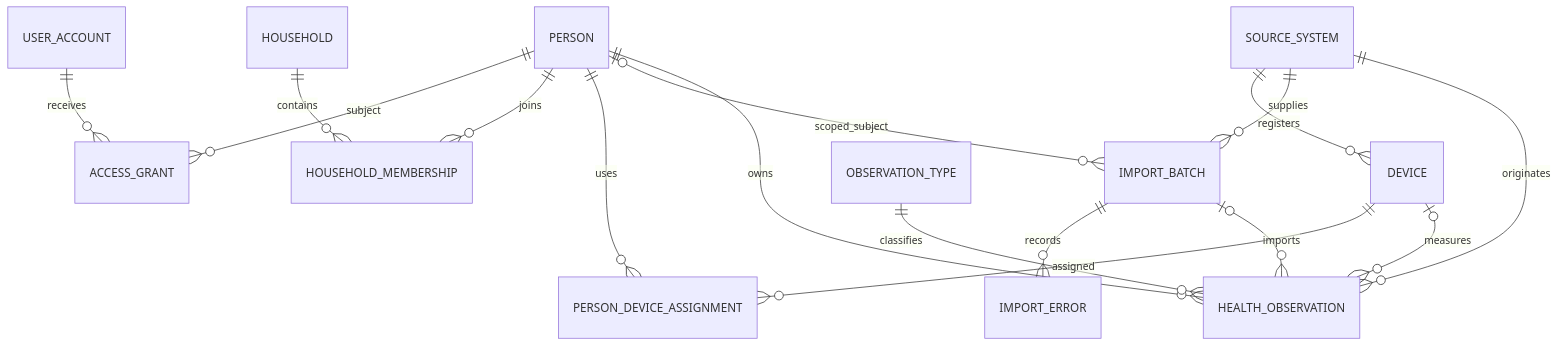
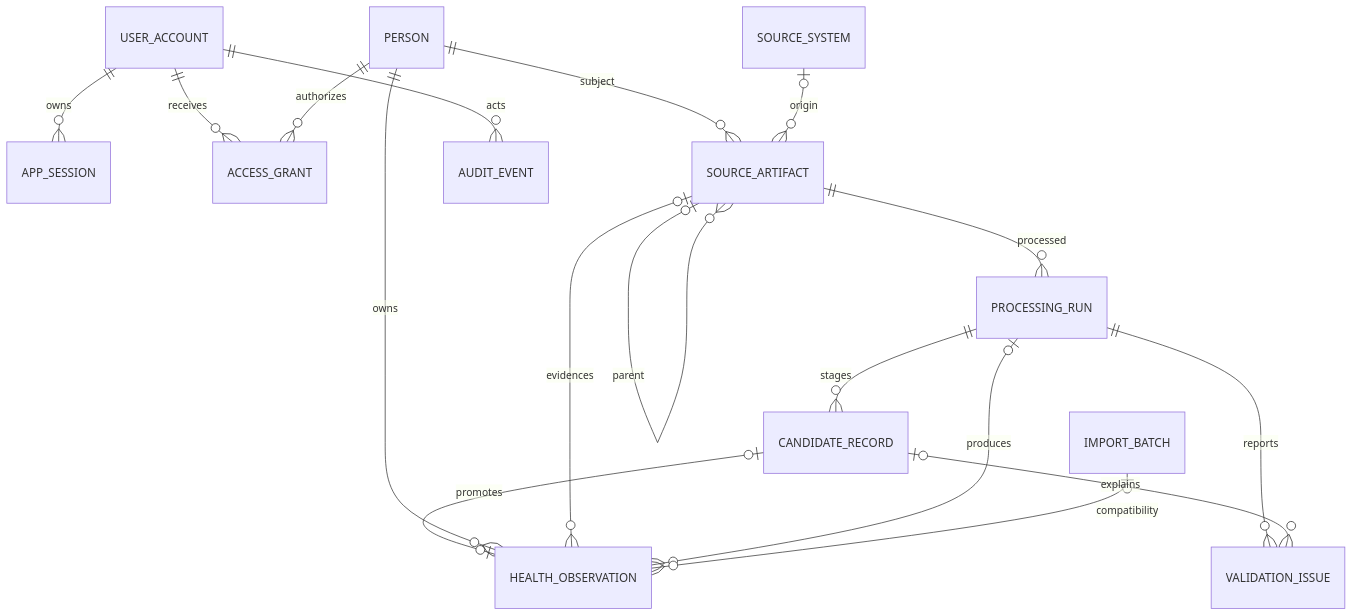
One commit to patreides-dev/health-avatar changed the diagram in docs/data-model.md. Above: the diagram before and after it, drawn with Mermaid. The commit also changed other lines of this file and 10 other files, not shown here.

````diff
--- a/docs/data-model.md
+++ b/docs/data-model.md
@@ -3,18 +5,19 @@
 ```mermaid
 erDiagram
-  PERSON ||--o{ ACCESS_GRANT : subject
+  USER_ACCOUNT ||--o{ APP_SESSION : owns
   USER_ACCOUNT ||--o{ ACCESS_GRANT : receives
-  HOUSEHOLD ||--o{ HOUSEHOLD_MEMBERSHIP : contains
-  PERSON ||--o{ HOUSEHOLD_MEMBERSHIP : joins
-  SOURCE_SYSTEM ||--o{ DEVICE : registers
-  PERSON ||--o{ PERSON_DEVICE_ASSIGNMENT : uses
-  DEVICE ||--o{ PERSON_DEVICE_ASSIGNMENT : assigned
-  SOURCE_SYSTEM ||--o{ IMPORT_BATCH : supplies
-  PERSON o|--o{ IMPORT_BATCH : scoped_subject
-  IMPORT_BATCH ||--o{ IMPORT_ERROR : records
+  PERSON ||--o{ ACCESS_GRANT : authorizes
+  PERSON ||--o{ SOURCE_ARTIFACT : subject
+  SOURCE_SYSTEM o|--o{ SOURCE_ARTIFACT : origin
+  SOURCE_ARTIFACT o|--o{ SOURCE_ARTIFACT : parent
+  SOURCE_ARTIFACT ||--o{ PROCESSING_RUN : processed
+  PROCESSING_RUN ||--o{ CANDIDATE_RECORD : stages
+  PROCESSING_RUN ||--o{ VALIDATION_ISSUE : reports
+  CANDIDATE_RECORD o|--o{ VALIDATION_ISSUE : explains
+  CANDIDATE_RECORD o|--o| HEALTH_OBSERVATION : promotes
   PERSON ||--o{ HEALTH_OBSERVATION : owns
-  OBSERVATION_TYPE ||--o{ HEALTH_OBSERVATION : classifies
-  SOURCE_SYSTEM ||--o{ HEALTH_OBSERVATION : originates
-  DEVICE o|--o{ HEALTH_OBSERVATION : measures
-  IMPORT_BATCH o|--o{ HEALTH_OBSERVATION : imports
+  SOURCE_ARTIFACT o|--o{ HEALTH_OBSERVATION : evidences
+  PROCESSING_RUN o|--o{ HEALTH_OBSERVATION : produces
+  IMPORT_BATCH o|--o{ HEALTH_OBSERVATION : compatibility
+  USER_ACCOUNT ||--o{ AUDIT_EVENT : acts
 ```
````
